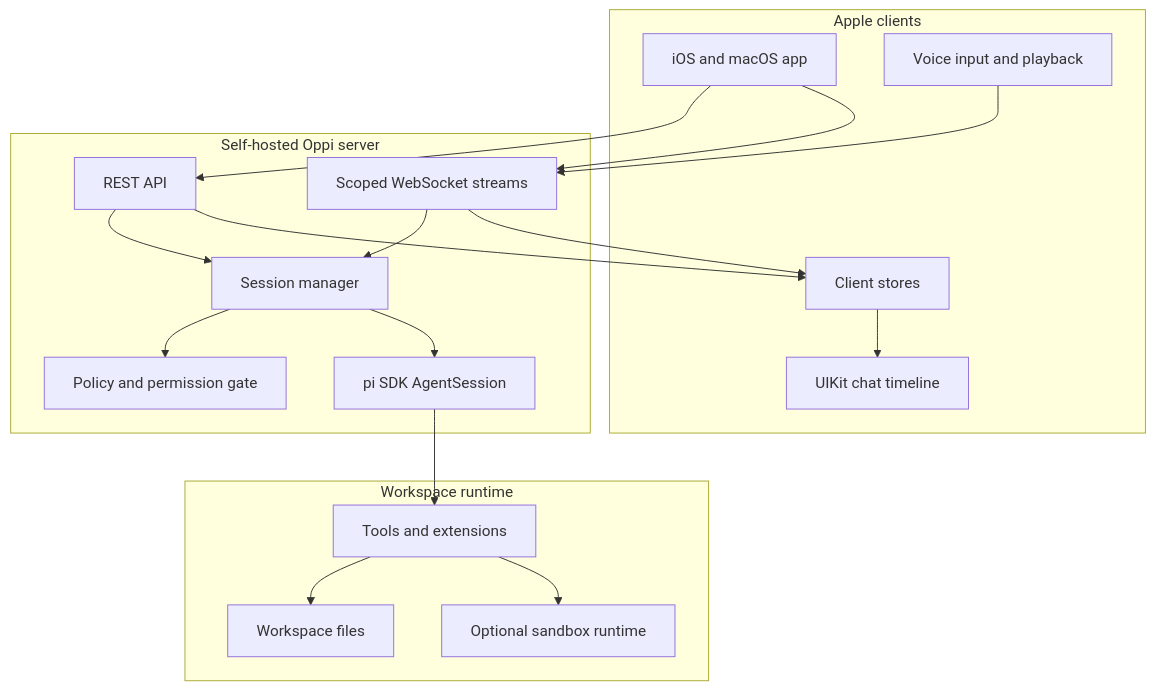
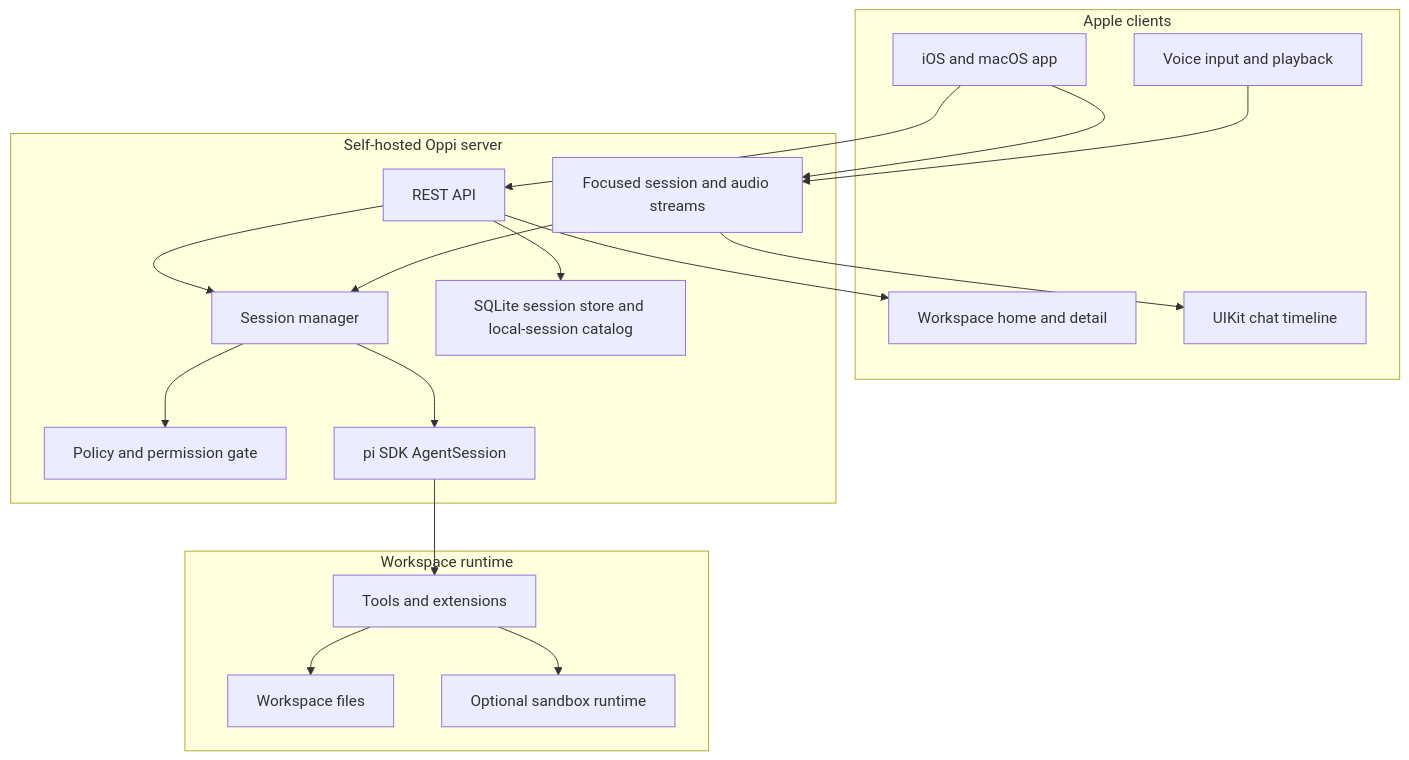
One commit to duh17/oppi changed the first of 6 diagrams in docs/architecture.md. Above: the diagram before and after it, drawn with Mermaid. The commit also changed other lines of this file and 81 other files, not shown here.

````diff
--- a/docs/architecture.md
+++ b/docs/architecture.md
@@ -13,37 +13,38 @@
 ```mermaid
 graph TD
   subgraph Apple[Apple clients]
     App[iOS and macOS app]
-    Stores[Client stores]
+    WorkspaceUI[Workspace home and detail]
     Timeline[UIKit chat timeline]
     Voice[Voice input and playback]
   end
 
   subgraph Server[Self-hosted Oppi server]
     HTTP[REST API]
-    Streams[Scoped WebSocket streams]
+    Streams[Focused session and audio streams]
     Sessions[Session manager]
     Policy[Policy and permission gate]
+    Storage[SQLite session store and local-session catalog]
     Pi[pi SDK AgentSession]
   end
 
   subgraph Workspace[Workspace runtime]
     Files[Workspace files]
     Tools[Tools and extensions]
     Sandbox[Optional sandbox runtime]
   end
 
   App --> HTTP
   App --> Streams
   HTTP --> Sessions
+  HTTP --> Storage
   Streams --> Sessions
   Sessions --> Policy
   Sessions --> Pi
   Pi --> Tools
   Tools --> Files
   Tools --> Sandbox
-  Streams --> Stores
-  HTTP --> Stores
-  Stores --> Timeline
+  HTTP --> WorkspaceUI
+  Streams --> Timeline
   Voice --> Streams
 ```
````
